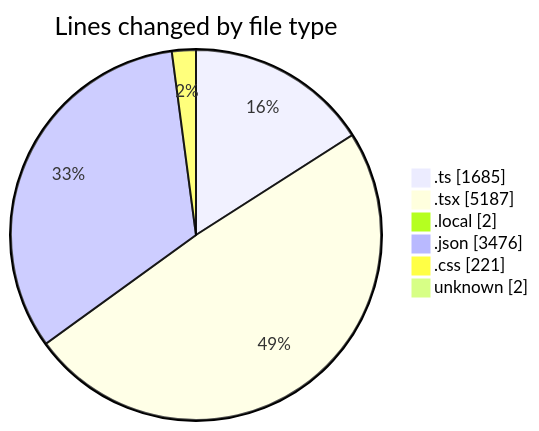
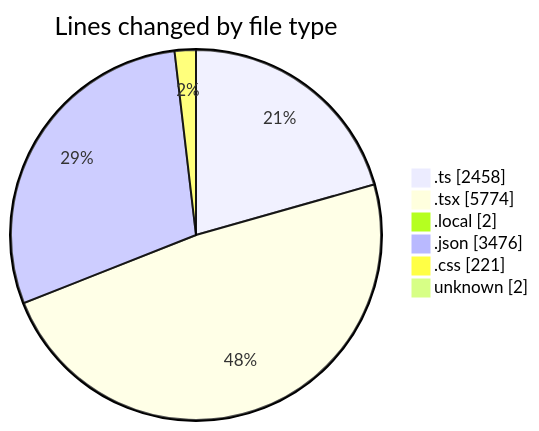
Before and after one commit to julien-gomy/code-tracking: the first of 2 diagrams in 2025-10-28/eventscop-frontend-guide__workspace_/README.md, drawn with Mermaid. The commit also changed other lines of this file and 1 other file, not shown here.

````diff
--- a/2025-10-28/eventscop-frontend-guide__workspace_/README.md
+++ b/2025-10-28/eventscop-frontend-guide__workspace_/README.md
@@ -59,10 +63,10 @@
 ```mermaid
 pie showData
 title Lines changed by file type
-".ts" : 1685
-".tsx" : 5187
+".ts" : 2458
+".tsx" : 5774
 ".local" : 2
 ".json" : 3476
 ".css" : 221
 "unknown" : 2
 ```
````
